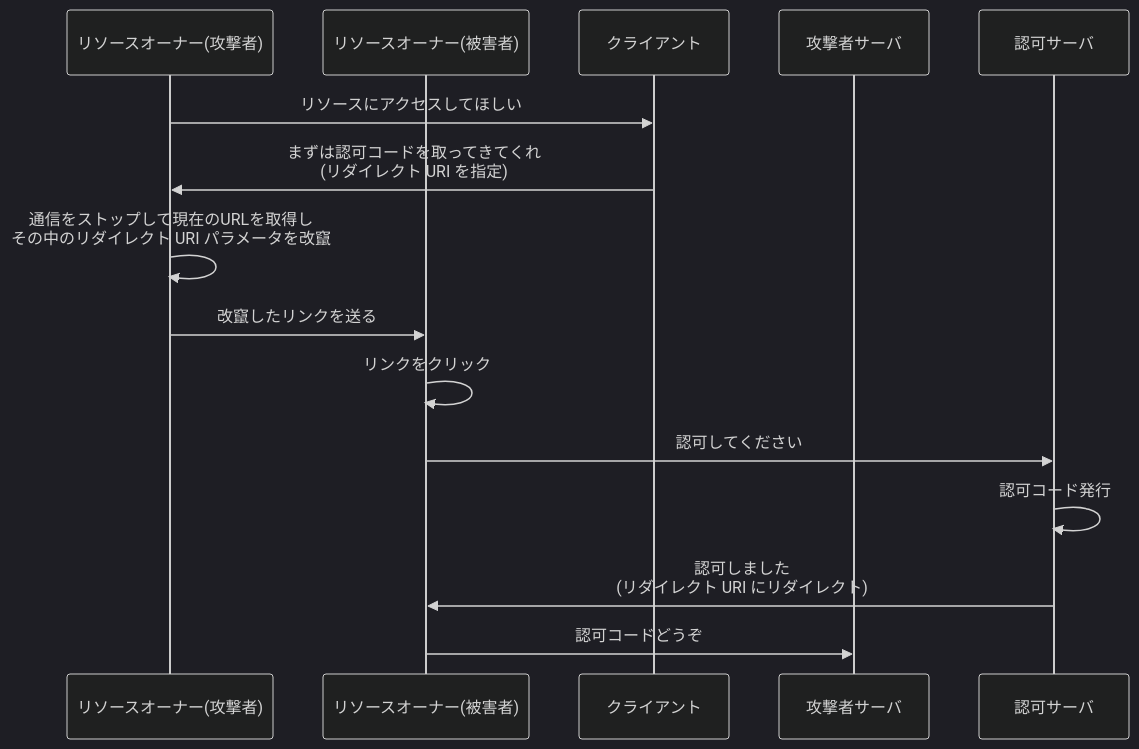
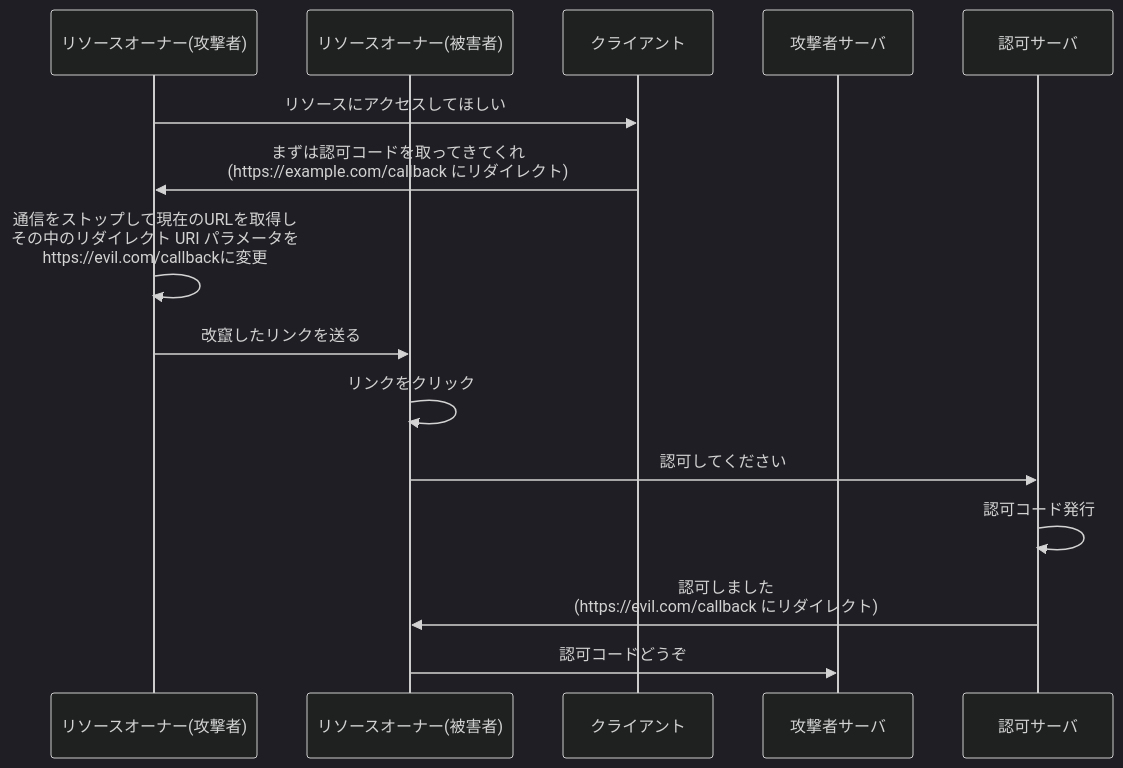
Before and after one commit to calloc134/zenn-dir: the fourth of 20 diagrams in articles/5e8da6c491e720.md, drawn with Mermaid (dark theme). The commit also changed other lines of this file, not shown here.

````diff
--- a/articles/5e8da6c491e720.md
+++ b/articles/5e8da6c491e720.md
@@ -818,18 +826,18 @@
 ```mermaid
 sequenceDiagram
     participant リソースオーナー(攻撃者)
     participant リソースオーナー(被害者)
     participant クライアント
     participant 攻撃者サーバ
     participant 認可サーバ
 
     リソースオーナー(攻撃者)->>クライアント: リソースにアクセスしてほしい
-    クライアント->>リソースオーナー(攻撃者): まずは認可コードを取ってきてくれ<br>(リダイレクト URI を指定)
-    リソースオーナー(攻撃者)->>リソースオーナー(攻撃者): 通信をストップして現在のURLを取得し<br>その中のリダイレクト URI パラメータを改竄
+    クライアント->>リソースオーナー(攻撃者): まずは認可コードを取ってきてくれ<br>(https://example.com/callback にリダイレクト)
+    リソースオーナー(攻撃者)->>リソースオーナー(攻撃者): 通信をストップして現在のURLを取得し<br>その中のリダイレクト URI パラメータを<br>https://evil.com/callbackに変更
     リソースオーナー(攻撃者)->>リソースオーナー(被害者): 改竄したリンクを送る
     リソースオーナー(被害者)->>リソースオーナー(被害者): リンクをクリック
     リソースオーナー(被害者)->>認可サーバ: 認可してください
     認可サーバ->>認可サーバ: 認可コード発行
-    認可サーバ->>リソースオーナー(被害者): 認可しました<br>(リダイレクト URI にリダイレクト)
+    認可サーバ->>リソースオーナー(被害者): 認可しました<br>(https://evil.com/callback にリダイレクト)
     リソースオーナー(被害者)->>攻撃者サーバ: 認可コードどうぞ
 ```
````
